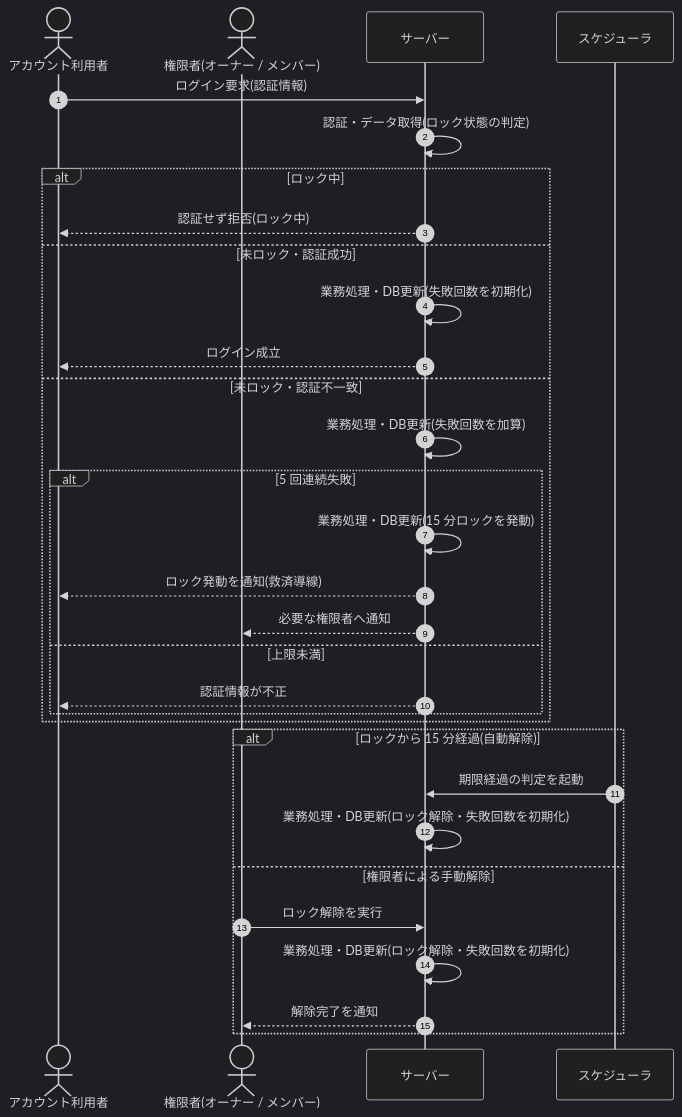
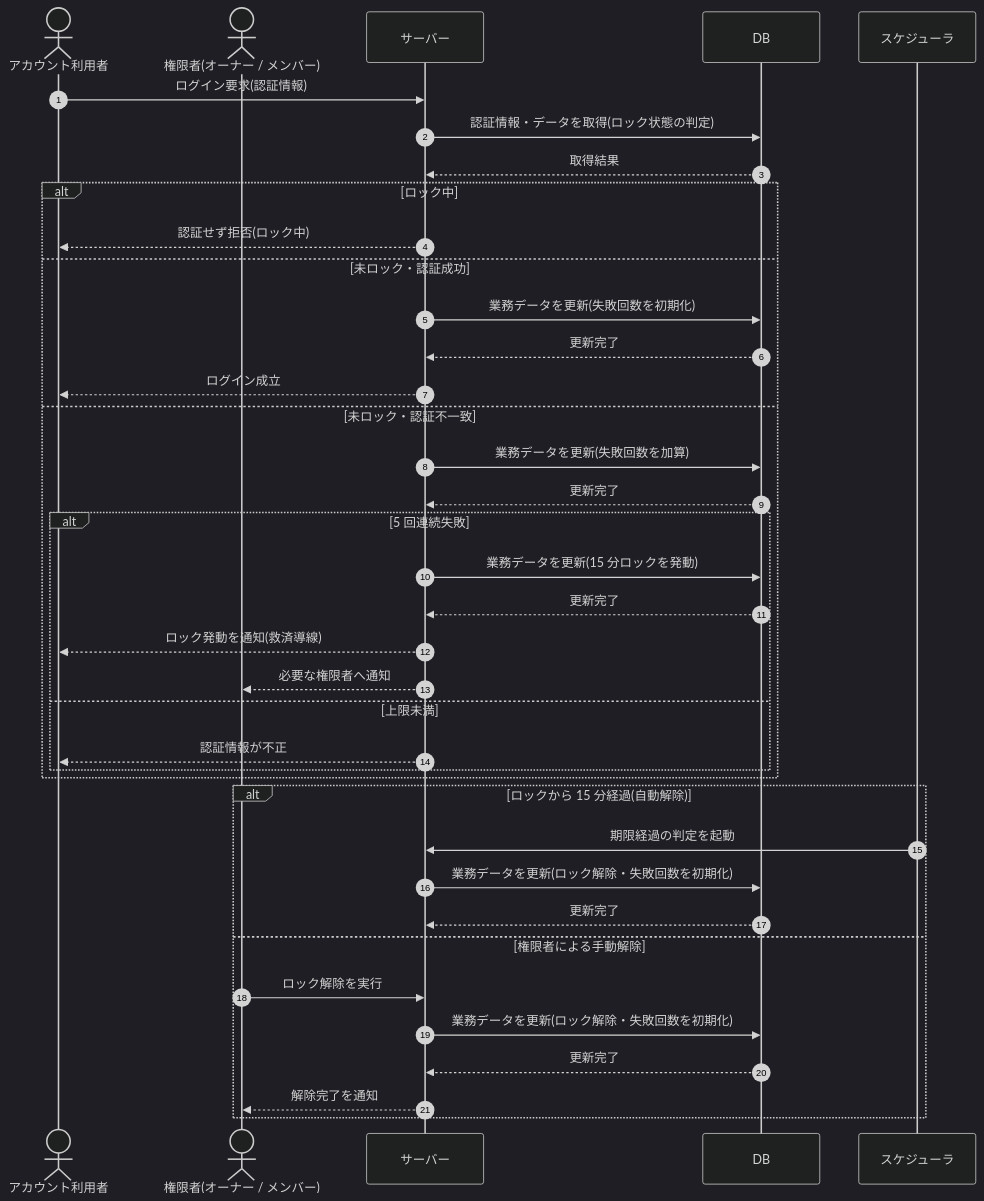
Before and after one commit to sikakou54/open-faq: the diagram in 02_basic_design/03_sequences/SEQ-103.md, drawn with Mermaid (dark theme). The commit also changed other lines of this file and 122 other files, not shown here.

First line of the commit message:
シーケンス図に DB アクターを追加(DB 操作をサーバー自己メッセージから分離)

````diff
--- a/02_basic_design/03_sequences/SEQ-103.md
+++ b/02_basic_design/03_sequences/SEQ-103.md
@@ -26,33 +26,40 @@
 ```mermaid
 sequenceDiagram
   autonumber
   actor U as アカウント利用者
   actor M as 権限者(オーナー / メンバー)
   participant Server as サーバー
+  participant DB as DB
   participant SCH as スケジューラ
   U->>Server: ログイン要求(認証情報)
-  Server->>Server: 認証・データ取得(ロック状態の判定)
+  Server->>DB: 認証情報・データを取得(ロック状態の判定)
+  DB-->>Server: 取得結果
   alt ロック中
     Server-->>U: 認証せず拒否(ロック中)
   else 未ロック・認証成功
-    Server->>Server: 業務処理・DB更新(失敗回数を初期化)
+    Server->>DB: 業務データを更新(失敗回数を初期化)
+    DB-->>Server: 更新完了
     Server-->>U: ログイン成立
   else 未ロック・認証不一致
-    Server->>Server: 業務処理・DB更新(失敗回数を加算)
+    Server->>DB: 業務データを更新(失敗回数を加算)
+    DB-->>Server: 更新完了
     alt 5 回連続失敗
-      Server->>Server: 業務処理・DB更新(15 分ロックを発動)
+      Server->>DB: 業務データを更新(15 分ロックを発動)
+      DB-->>Server: 更新完了
       Server-->>U: ロック発動を通知(救済導線)
       Server-->>M: 必要な権限者へ通知
     else 上限未満
       Server-->>U: 認証情報が不正
     end
   end
   alt ロックから 15 分経過(自動解除)
     SCH->>Server: 期限経過の判定を起動
-    Server->>Server: 業務処理・DB更新(ロック解除・失敗回数を初期化)
+    Server->>DB: 業務データを更新(ロック解除・失敗回数を初期化)
+    DB-->>Server: 更新完了
   else 権限者による手動解除
     M->>Server: ロック解除を実行
-    Server->>Server: 業務処理・DB更新(ロック解除・失敗回数を初期化)
+    Server->>DB: 業務データを更新(ロック解除・失敗回数を初期化)
+    DB-->>Server: 更新完了
     Server-->>M: 解除完了を通知
   end
 ```
````
